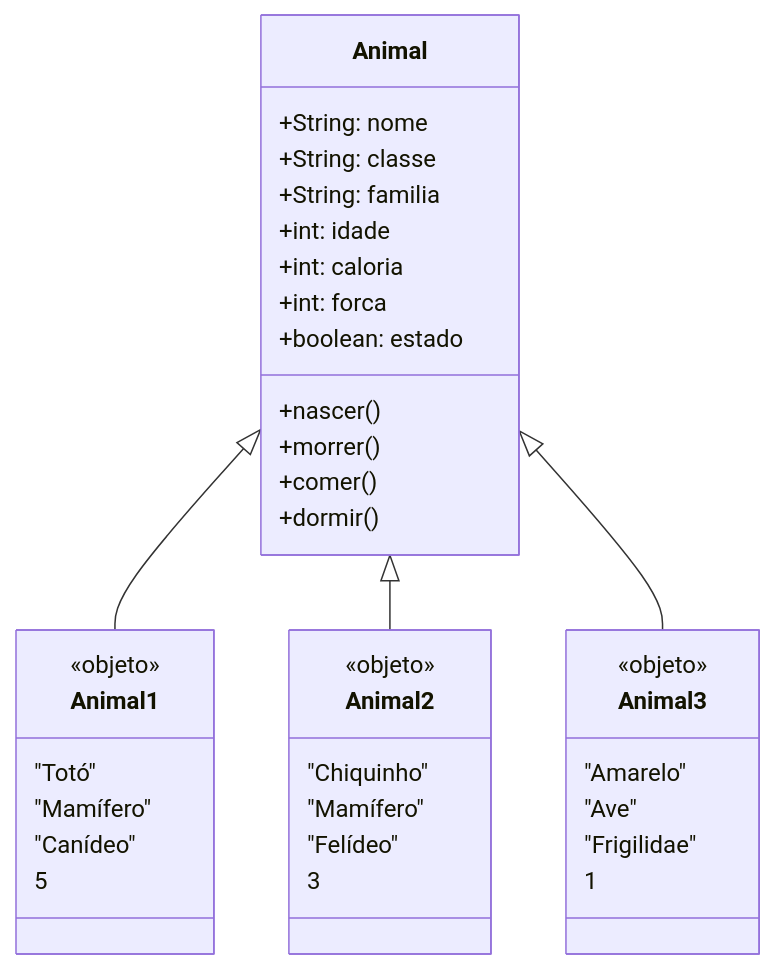
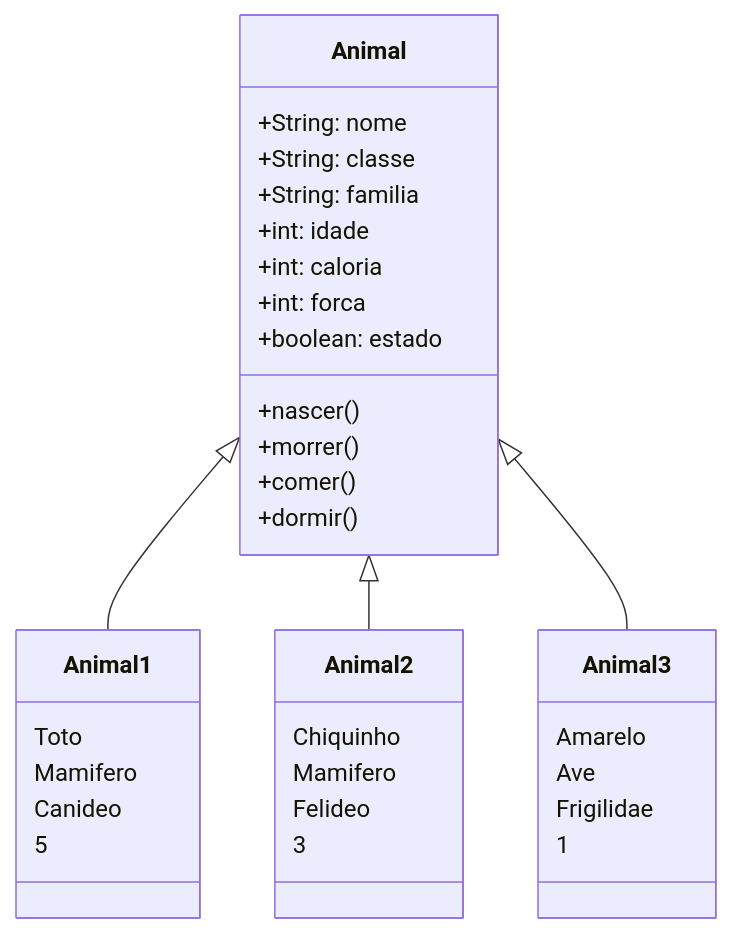
The fourth of 4 diagrams in content/notas/Python/poo/Criando o jogo virtual pet.md (jocile/jocile.github.io), drawn with Mermaid before and after one commit. The commit also changed other lines of this file and 11 other files, not shown here.

````diff
--- a/content/notas/Python/poo/Criando o jogo virtual pet.md
+++ b/content/notas/Python/poo/Criando o jogo virtual pet.md
@@ -117,40 +117,37 @@
 ```mermaid
 classDiagram
  class Animal{
  +String: nome
  +String: classe
  +String: familia
  +int: idade
  +int: caloria
  +int: forca
  +boolean: estado
  +nascer()
  +morrer()
  +comer()
  +dormir()
  }
  Animal <|-- Animal1
  Animal <|-- Animal2
  Animal <|-- Animal3
  class Animal1{
- <<objeto>>
- "Totó"
- "Mamífero"
- "Canídeo"
+ Toto
+ Mamifero
+ Canideo
  5
  }
  class Animal2{
- <<objeto>>
- "Chiquinho"
- "Mamífero"
- "Felídeo"
+ Chiquinho
+ Mamifero
+ Felideo
  3
  }
  class Animal3{
- <<objeto>>
- "Amarelo"
- "Ave"
- "Frigilidae"
+ Amarelo
+ Ave
+ Frigilidae
  1
  }
 ```
````
